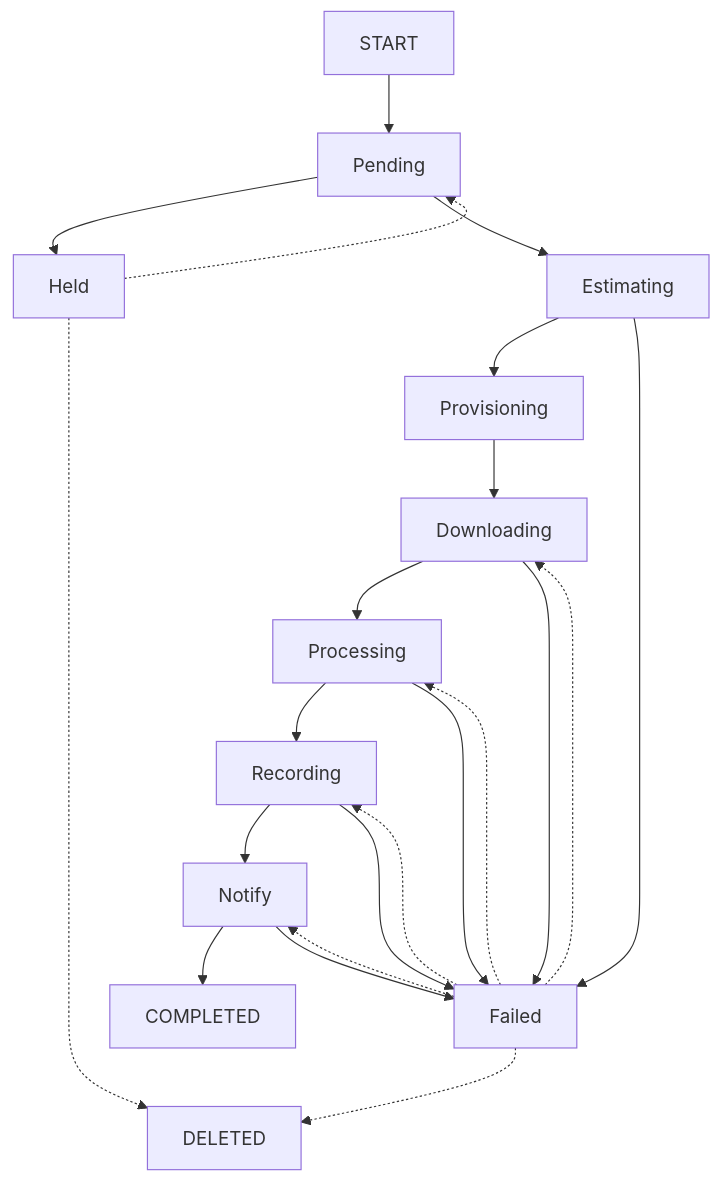
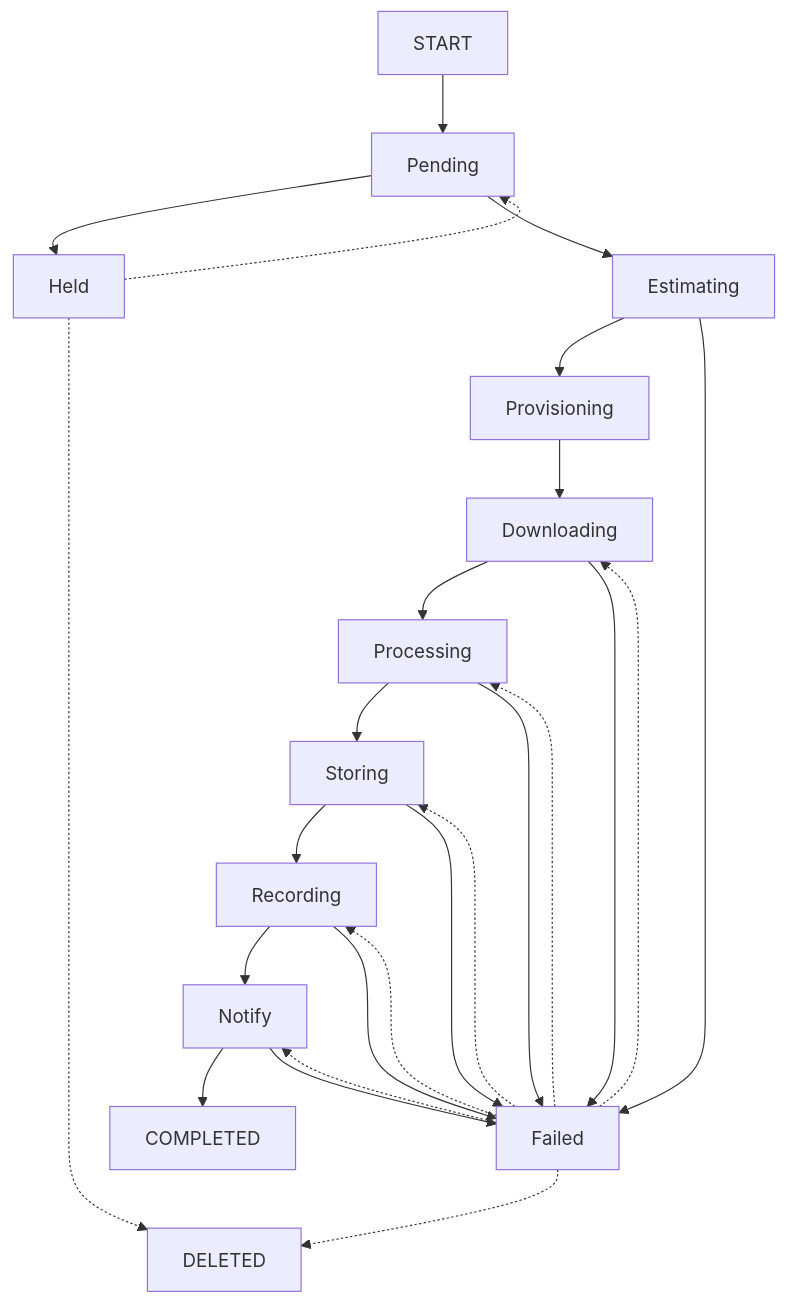
The second of 3 diagrams in design/states.md (CDLUC3/mrt-zk), drawn with Mermaid before and after one commit.

Commit message:
Update state transitions in states.md

````diff
--- a/design/states.md
+++ b/design/states.md
@@ -50,24 +50,27 @@
 ```mermaid
 graph TD
   START --> Pending
   Pending --> Held
   Pending --> Estimating
   Held -.-> Pending
   Estimating --> Provisioning
   Estimating --> Failed
   Provisioning --> Downloading
   Downloading --> Processing
   Downloading --> Failed
   Failed -.-> Downloading
-  Processing --> Recording
+  Processing --> Storing
   Processing --> Failed
   Failed -.-> Processing
+  Storing --> Recording
+  Storing --> Failed
+  Failed -.-> Storing
   Recording --> Notify
   Recording --> Failed
   Failed -.-> Recording
   Notify --> COMPLETED
   Notify --> Failed
   Failed -.-> Notify
   Failed -.-> DELETED
   Held -.-> DELETED
 ```
````
